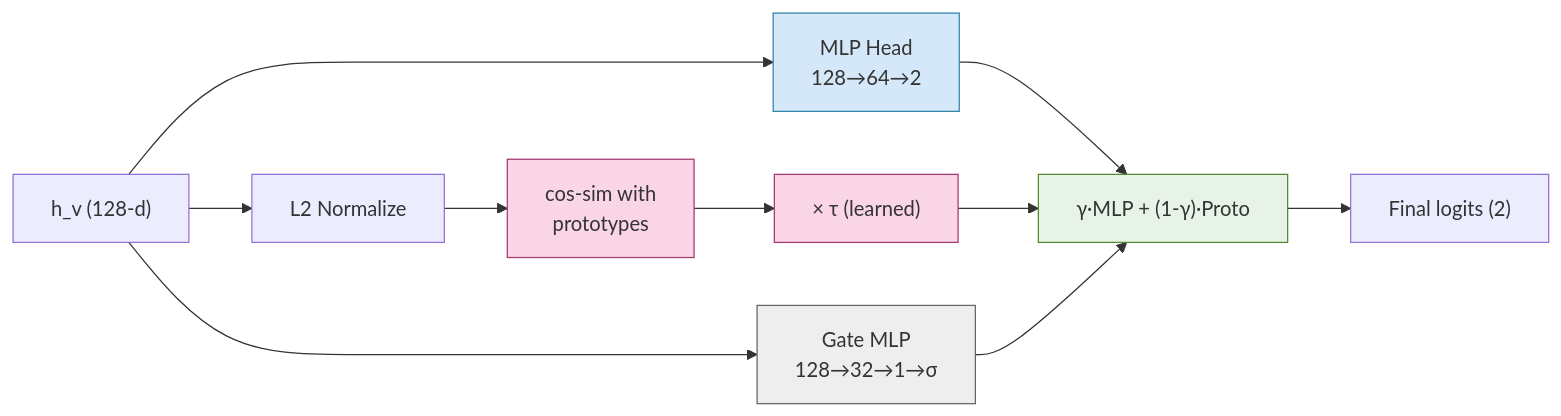
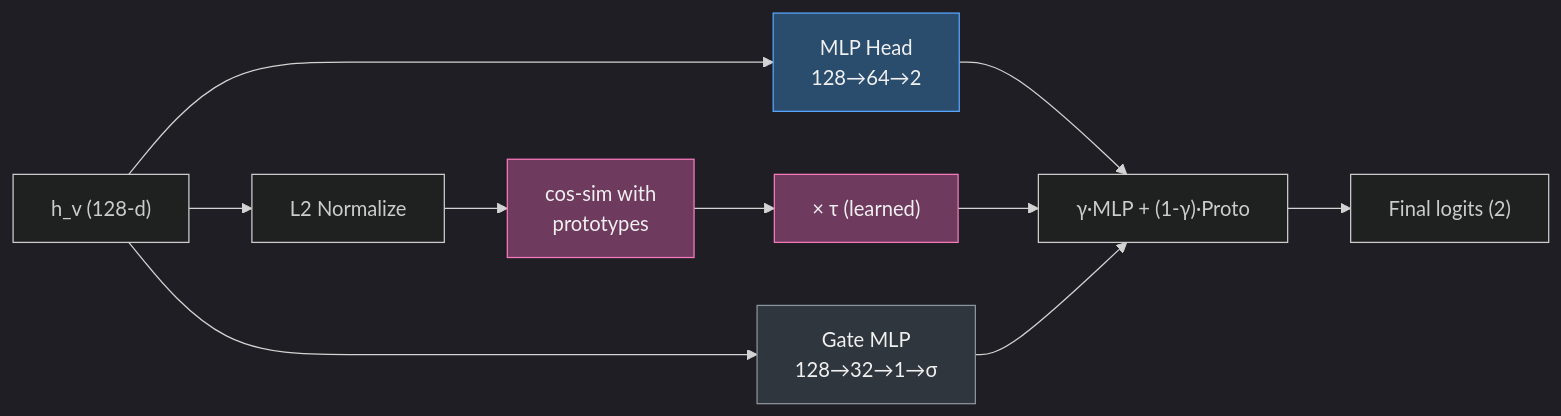
The third of 3 diagrams in WRITEUP.md (cxinu/twibot), drawn with Mermaid before and after one commit. The commit also changed other lines of this file and 19 other files, not shown here.

````diff
--- a/WRITEUP.md
+++ b/WRITEUP.md
@@ -341,18 +349,20 @@
 ```mermaid
+%%{init: {'theme': 'dark'}}%%
 flowchart LR
     H["h_v (128-d)"] --> MLP_H["MLP Head\n128→64→2"]
     H --> NORM_H["L2 Normalize"]
     NORM_H --> COS["cos-sim with\nprototypes"]
     COS --> SCALE["× τ (learned)"]
     H --> GATE_MLP["Gate MLP\n128→32→1→σ"]
     MLP_H --> BLEND["γ·MLP + (1-γ)·Proto"]
     SCALE --> BLEND
     GATE_MLP --> BLEND
     BLEND --> PRED["Final logits (2)"]
 
-    style MLP_H fill:#d5e8f9,stroke:#2e86ab
-    style COS fill:#f9d5e5,stroke:#a23b72
-    style SCALE fill:#f9d5e5,stroke:#a23b72
-    style GATE_MLP fill:#eee,stroke:#666
-    style BLEND fill:#e6f3e6,stroke:#558b2f
+    classDef pink fill:#6e3b5e,stroke:#f778ba,color:#f0f0f0
+    classDef blue fill:#2a4d6e,stroke:#58a6ff,color:#f0f0f0
+    classDef gray fill:#30363d,stroke:#8b949e,color:#f0f0f0
+    class MLP_H blue
+    class COS,SCALE pink
+    class GATE_MLP gray
 ```
````
